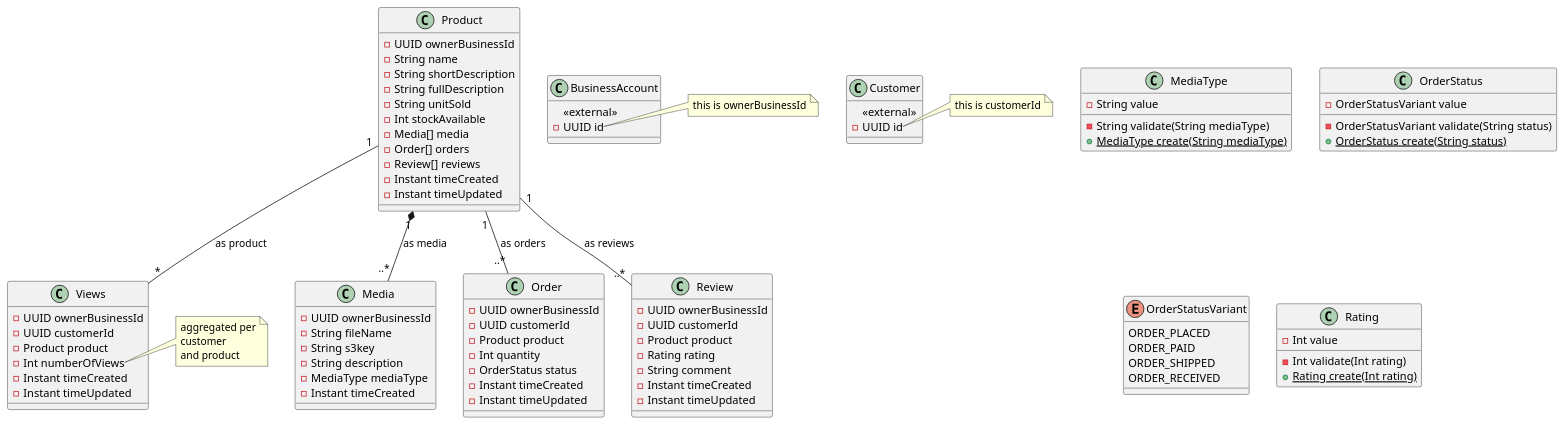
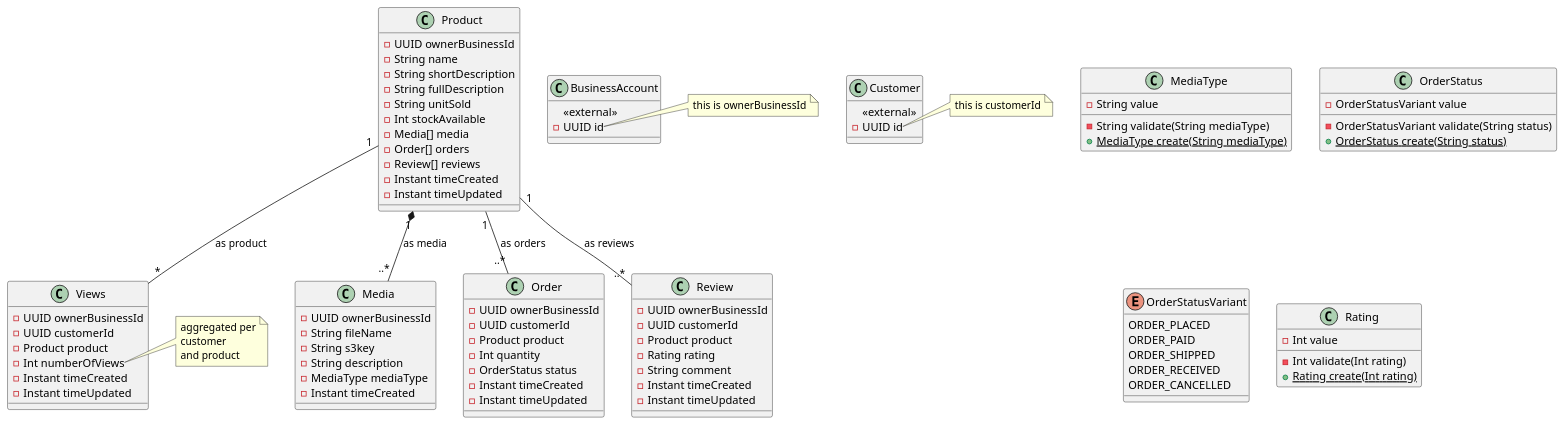
One commit to pondem87/thuso2jcore changed the diagram in docs/uml/domain_modelling/product.puml. Above: the diagram before and after it, drawn with PlantUML. The commit also changed 1 other file, not shown here.

```diff
--- a/docs/uml/domain_modelling/product.puml
+++ b/docs/uml/domain_modelling/product.puml
@@ -1,113 +1,114 @@
 @startuml
 
 '=== ENITIES ===
 class Product {
     -UUID ownerBusinessId
     -String name
     -String shortDescription
     -String fullDescription
     -String unitSold
     -Int stockAvailable
     -Media[] media
     -Order[] orders
     -Review[] reviews
     -Instant timeCreated
     -Instant timeUpdated
 }
 
 class Media {
     -UUID ownerBusinessId
     -String fileName
     -String s3key
     -String description
     -MediaType mediaType
     -Instant timeCreated
 }
 
 class Order {
     -UUID ownerBusinessId
     -UUID customerId
     -Product product
     -Int quantity
     -OrderStatus status
     -Instant timeCreated
     -Instant timeUpdated
 }
 
 class Views {
     -UUID ownerBusinessId
     -UUID customerId
     -Product product
     -Int numberOfViews
     -Instant timeCreated
     -Instant timeUpdated
 }
 
 note right of Views::numberOfViews
 aggregated per
 customer
 and product
 end note
 
 class Review {
     -UUID ownerBusinessId
     -UUID customerId
     -Product product
     -Rating rating
     -String comment
     -Instant timeCreated
     -Instant timeUpdated
 }
 
 '=== VALUE OBJECTS ===
 class MediaType {
     -String value
     -String validate(String mediaType)
     {static}+MediaType create(String mediaType)
 }
 
 class OrderStatus {
     -OrderStatusVariant value
     -OrderStatusVariant validate(String status)
     {static}+OrderStatus create(String status)
 }
 
 Enum OrderStatusVariant {
     ORDER_PLACED
     ORDER_PAID
     ORDER_SHIPPED
     ORDER_RECEIVED
+    ORDER_CANCELLED
 }
 
 class Rating {
     -Int value
     -Int validate(Int rating)
     {static}+Rating create(Int rating)
 }
 
 '=== ASSOCIATIONS ===
 Product "1" *-- "..*" Media : as media
 Product "1" -- "..*" Order : as orders
 Product "1" --  "*" Views : as product
 Product "1" -- "..*" Review : as reviews
 
 '=== EXTERNAL ENTITIES ===
 class BusinessAccount {
     <<external>>
     -UUID id
 }
 
 note right of BusinessAccount::id
 this is ownerBusinessId
 end note
 
 class Customer {
     <<external>>
     -UUID id
 }
 
 note right of Customer::id
 this is customerId
 end note
 
 @enduml
```
